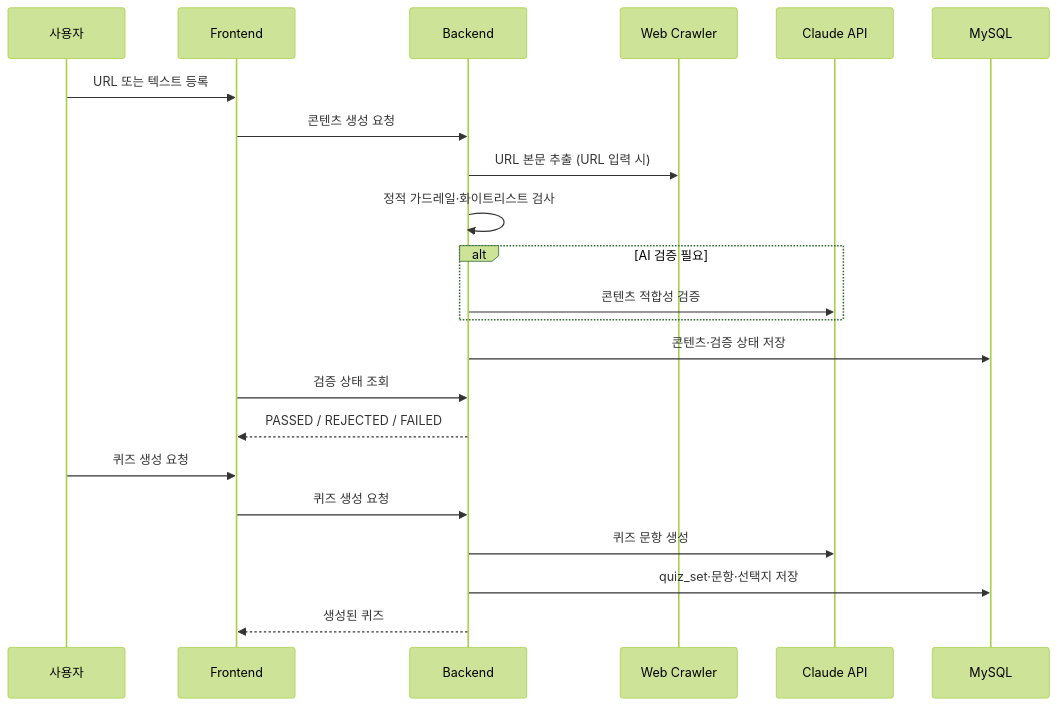
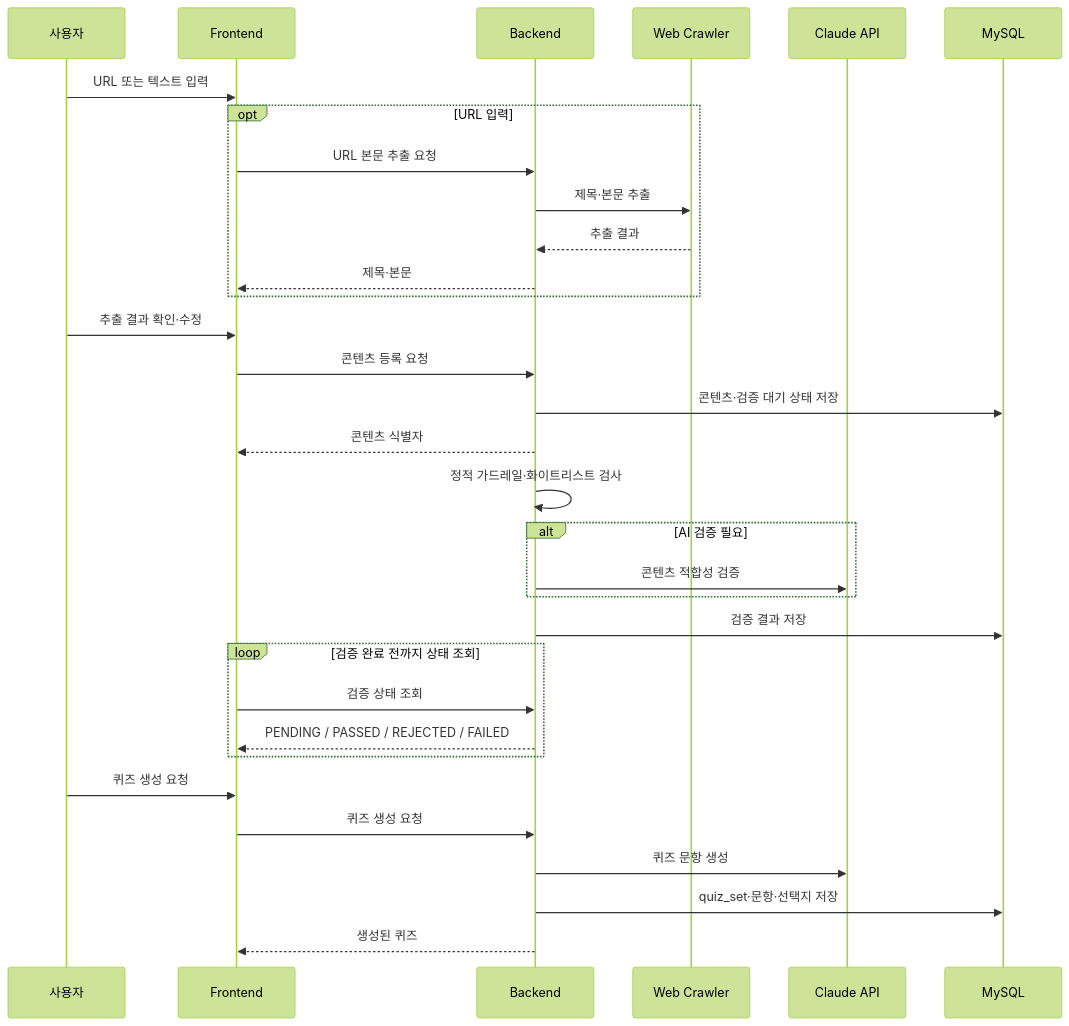
One commit to realdev-int2/INT2-Readle-Team02-BE changed the second of 4 diagrams in README.md. Above: the diagram before and after it, drawn with Mermaid (forest theme). The commit also changed other lines of this file, not shown here.

Commit message:
docs: 백엔드 README 구현 현황 보완 (#157)

````diff
--- a/README.md
+++ b/README.md
@@ -69,25 +69,35 @@
 ```mermaid
 sequenceDiagram
     participant U as 사용자
     participant F as Frontend
     participant B as Backend
     participant W as Web Crawler
     participant A as Claude API
     participant DB as MySQL
 
-    U->>F: URL 또는 텍스트 등록
-    F->>B: 콘텐츠 생성 요청
-    B->>W: URL 본문 추출 (URL 입력 시)
+    U->>F: URL 또는 텍스트 입력
+    opt URL 입력
+        F->>B: URL 본문 추출 요청
+        B->>W: 제목·본문 추출
+        W-->>B: 추출 결과
+        B-->>F: 제목·본문
+    end
+    U->>F: 추출 결과 확인·수정
+    F->>B: 콘텐츠 등록 요청
+    B->>DB: 콘텐츠·검증 대기 상태 저장
+    B-->>F: 콘텐츠 식별자
     B->>B: 정적 가드레일·화이트리스트 검사
     alt AI 검증 필요
         B->>A: 콘텐츠 적합성 검증
     end
-    B->>DB: 콘텐츠·검증 상태 저장
-    F->>B: 검증 상태 조회
-    B-->>F: PASSED / REJECTED / FAILED
+    B->>DB: 검증 결과 저장
+    loop 검증 완료 전까지 상태 조회
+        F->>B: 검증 상태 조회
+        B-->>F: PENDING / PASSED / REJECTED / FAILED
+    end
     U->>F: 퀴즈 생성 요청
     F->>B: 퀴즈 생성 요청
     B->>A: 퀴즈 문항 생성
     B->>DB: quiz_set·문항·선택지 저장
     B-->>F: 생성된 퀴즈
 ```
````
